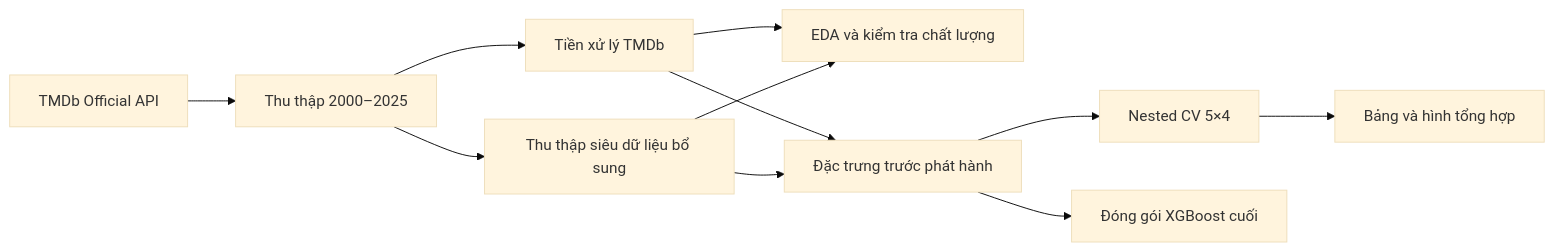
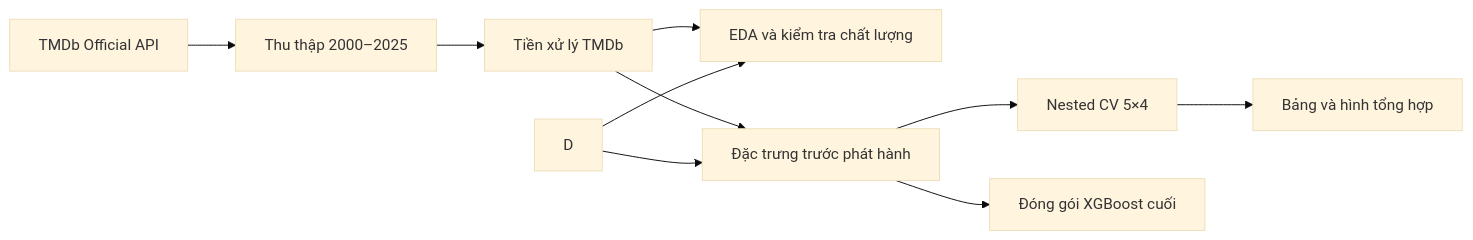
One commit to AlizCuli/movie-success-analysis changed the diagram in README.md. Above: the diagram before and after it, drawn with Mermaid (base theme).

````diff
--- a/README.md
+++ b/README.md
@@ -85,13 +85,12 @@
 ```mermaid
 flowchart LR
     A["TMDb Official API"] --> B["Thu thập 2000–2025"]
     B --> C["Tiền xử lý TMDb"]
-    B --> D["Thu thập siêu dữ liệu bổ sung"]
     C --> E["EDA và kiểm tra chất lượng"]
     D --> E
     C --> F["Đặc trưng trước phát hành"]
     D --> F
     F --> G["Nested CV 5×4"]
     G --> H["Bảng và hình tổng hợp"]
     F --> I["Đóng gói XGBoost cuối"]
 ```
````
